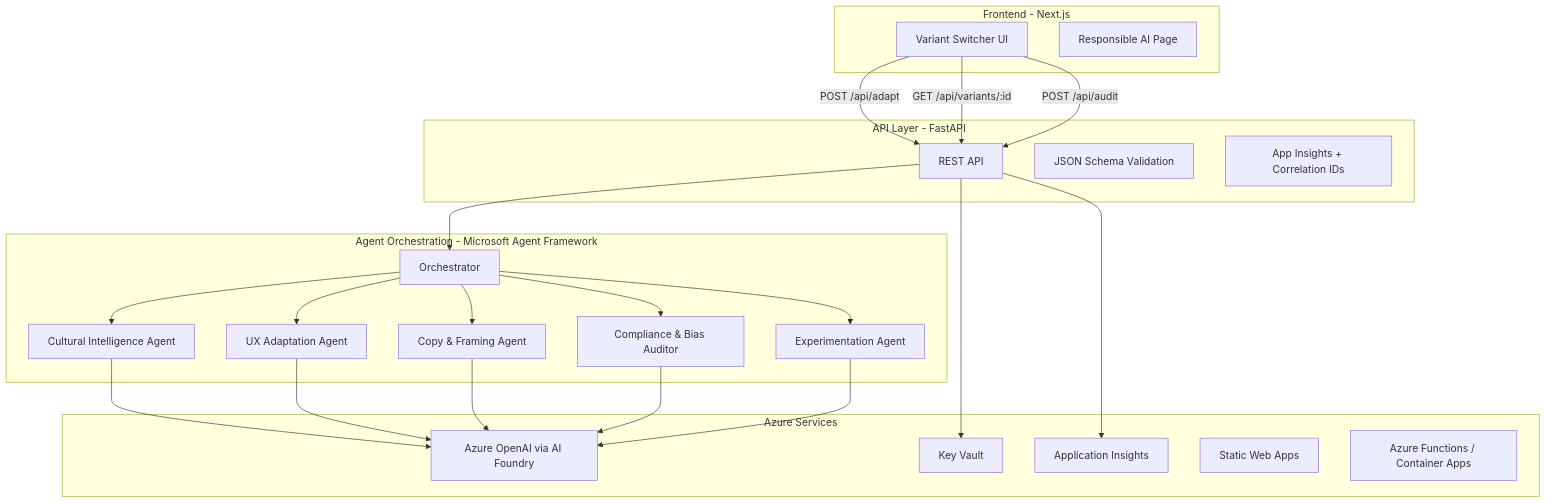
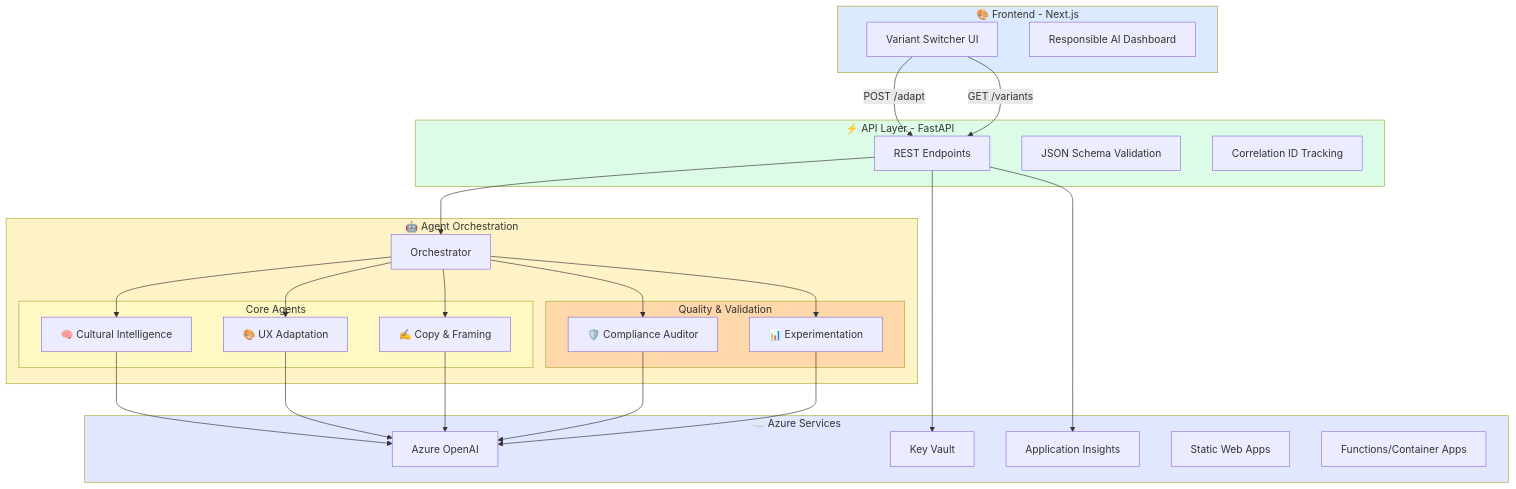
The second of 4 diagrams in README.md (JoshuaRosales7/CultureBridge-AI), drawn with Mermaid before and after one commit. The commit also changed other lines of this file, not shown here.

````diff
--- a/README.md
+++ b/README.md
@@ -33,47 +90,62 @@
 ```mermaid
 graph TB
-    subgraph "Frontend - Next.js"
+    subgraph Frontend["🎨 Frontend - Next.js"]
         UI[Variant Switcher UI]
-        RAI[Responsible AI Page]
+        RAI[Responsible AI Dashboard]
     end
 
-    subgraph "API Layer - FastAPI"
-        API[REST API]
+    subgraph API["⚡ API Layer - FastAPI"]
+        REST[REST Endpoints]
         VAL[JSON Schema Validation]
-        LOG[App Insights + Correlation IDs]
+        LOG[Correlation ID Tracking]
     end
 
-    subgraph "Agent Orchestration - Microsoft Agent Framework"
+    subgraph Agents["🤖 Agent Orchestration"]
         ORCH[Orchestrator]
-        CIA[Cultural Intelligence Agent]
-        UXA[UX Adaptation Agent]
-        CFA[Copy & Framing Agent]
-        CBA[Compliance & Bias Auditor]
-        EXP[Experimentation Agent]
+        
+        subgraph Core["Core Agents"]
+            CIA[🧠 Cultural Intelligence]
+            UXA[🎨 UX Adaptation]
+            CFA[✍️ Copy & Framing]
+        end
+        
+        subgraph Quality["Quality & Validation"]
+            CBA[🛡️ Compliance Auditor]
+            EXP[📊 Experimentation]
+        end
     end
 
-    subgraph "Azure Services"
-        AOI[Azure OpenAI via AI Foundry]
+    subgraph Azure["☁️ Azure Services"]
+        AOI[Azure OpenAI]
         KV[Key Vault]
         AI[Application Insights]
         SWA[Static Web Apps]
-        FUNC[Azure Functions / Container Apps]
+        FUNC[Functions/Container Apps]
     end
 
-    UI -->|POST /api/adapt| API
-    UI -->|GET /api/variants/:id| API
-    UI -->|POST /api/audit| API
-    API --> ORCH
+    UI -->|POST /adapt| REST
+    UI -->|GET /variants| REST
+    REST --> ORCH
+    
     ORCH --> CIA
     ORCH --> UXA
     ORCH --> CFA
     ORCH --> CBA
     ORCH --> EXP
+    
     CIA --> AOI
     UXA --> AOI
     CFA --> AOI
     CBA --> AOI
     EXP --> AOI
-    API --> KV
-    API --> AI
+    
+    REST --> KV
+    REST --> AI
+    
+    style Frontend fill:#dbeafe
+    style API fill:#dcfce7
+    style Agents fill:#fef3c7
+    style Azure fill:#e0e7ff
+    style Core fill:#fef9c3
+    style Quality fill:#fed7aa
 ```
````
